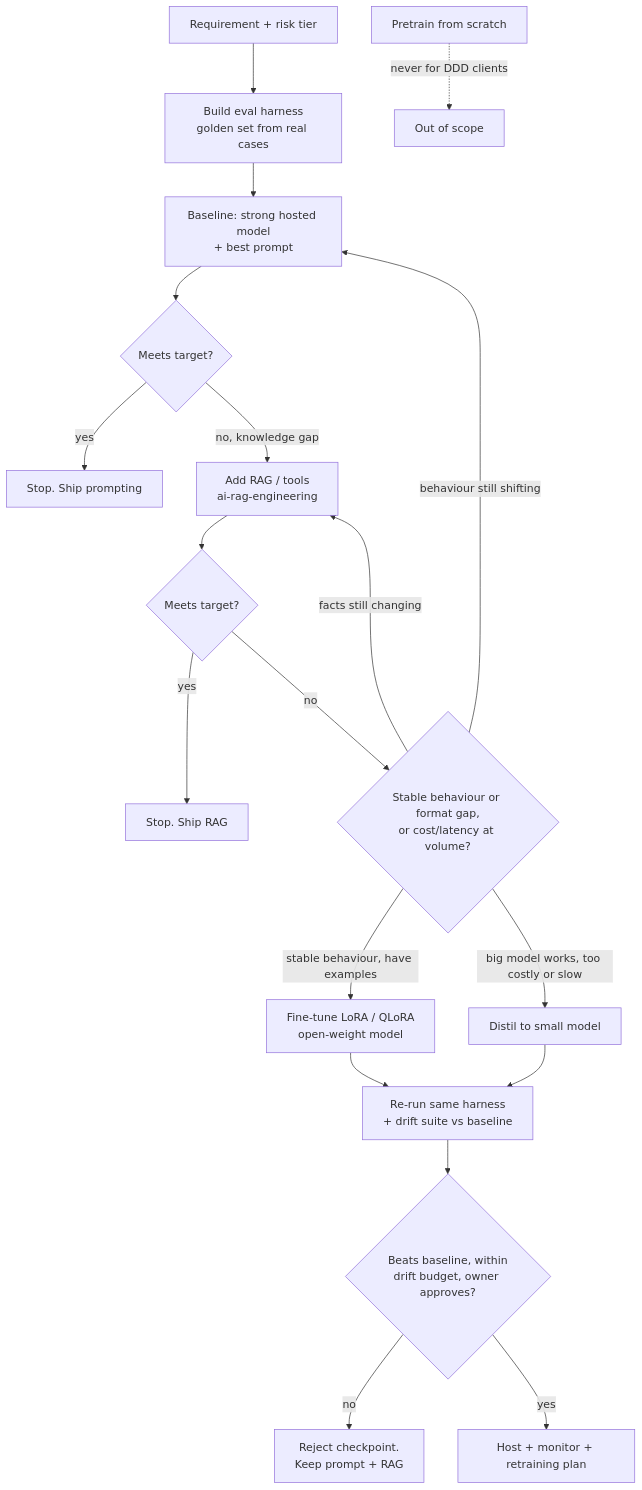
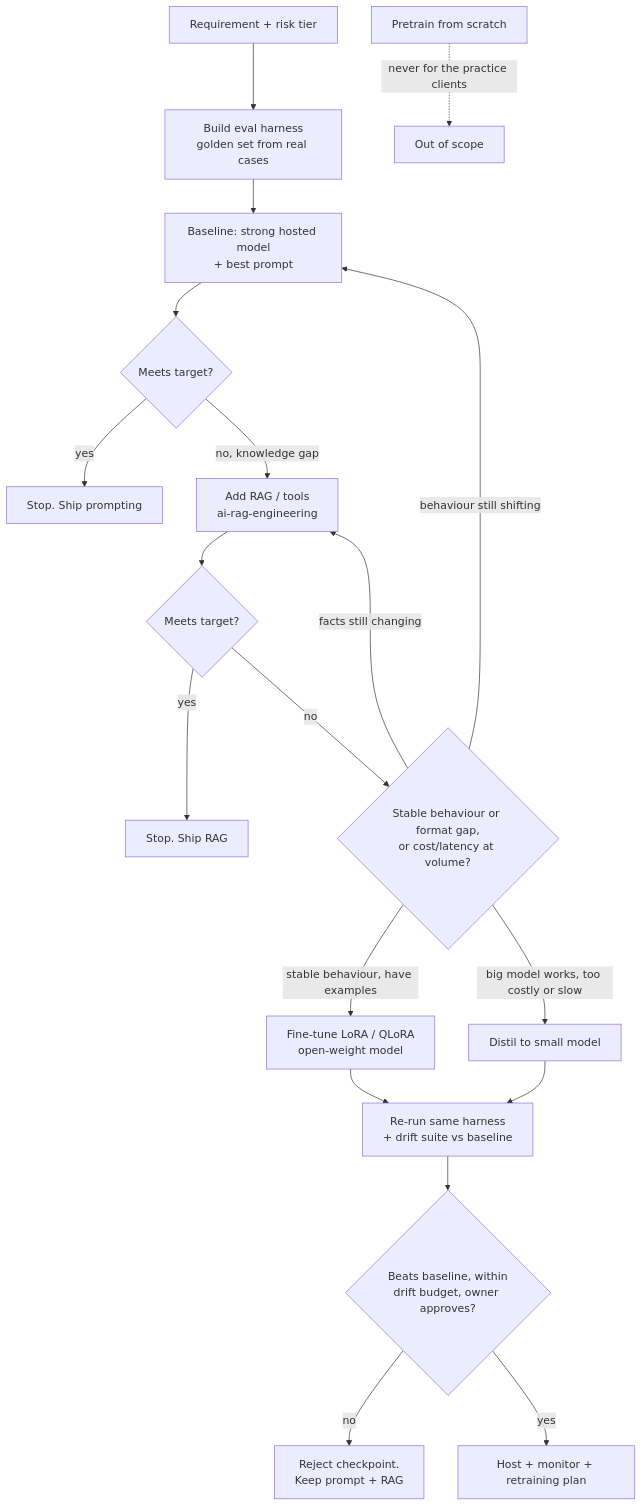
Before and after one commit to avionad/ai-engineering-department: the diagram in .claude/skills/ai-model-customisation/SKILL.md, drawn with Mermaid. The commit also changed other lines of this file and 154 other files, not shown here.

````diff
--- a/.claude/skills/ai-model-customisation/SKILL.md
+++ b/.claude/skills/ai-model-customisation/SKILL.md
@@ -59,21 +59,21 @@
 ```mermaid
 flowchart TD
   A[Requirement + risk tier] --> B[Build eval harness<br/>golden set from real cases]
   B --> C[Baseline: strong hosted model<br/>+ best prompt]
   C --> D{Meets target?}
   D -- yes --> S1[Stop. Ship prompting]
   D -- no, knowledge gap --> E[Add RAG / tools<br/>ai-rag-engineering]
   E --> F{Meets target?}
   F -- yes --> S2[Stop. Ship RAG]
   F -- no --> G{Stable behaviour or format gap,<br/>or cost/latency at volume?}
   G -- facts still changing --> E
   G -- behaviour still shifting --> C
   G -- stable behaviour, have examples --> H[Fine-tune LoRA / QLoRA<br/>open-weight model]
   G -- big model works, too costly or slow --> I[Distil to small model]
   H --> J[Re-run same harness<br/>+ drift suite vs baseline]
   I --> J
   J --> K{Beats baseline, within<br/>drift budget, owner approves?}
   K -- no --> S3[Reject checkpoint.<br/>Keep prompt + RAG]
   K -- yes --> L[Host + monitor + retraining plan]
-  P[Pretrain from scratch] -. never for DDD clients .-> X[Out of scope]
+  P[Pretrain from scratch] -. never for the practice clients .-> X[Out of scope]
 ```
````
